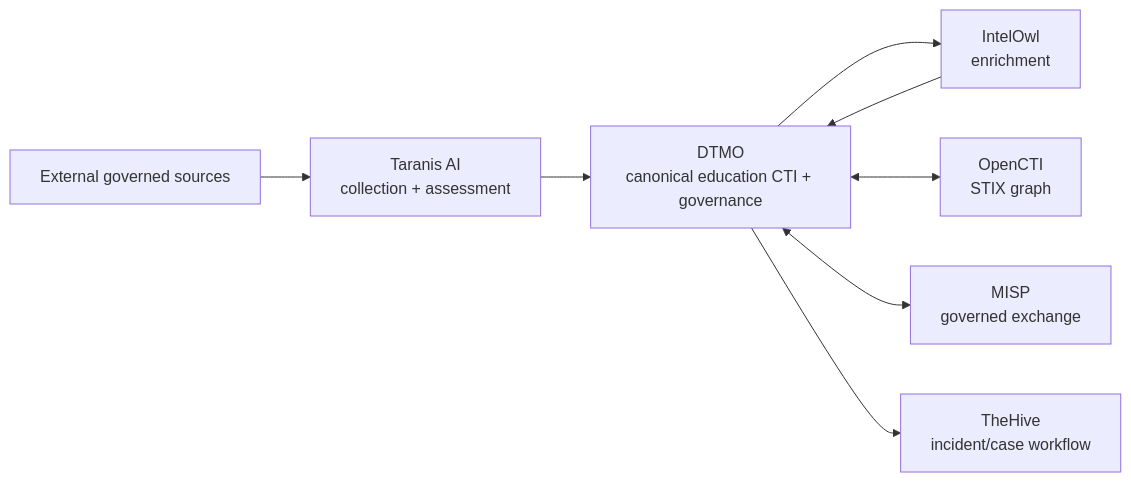
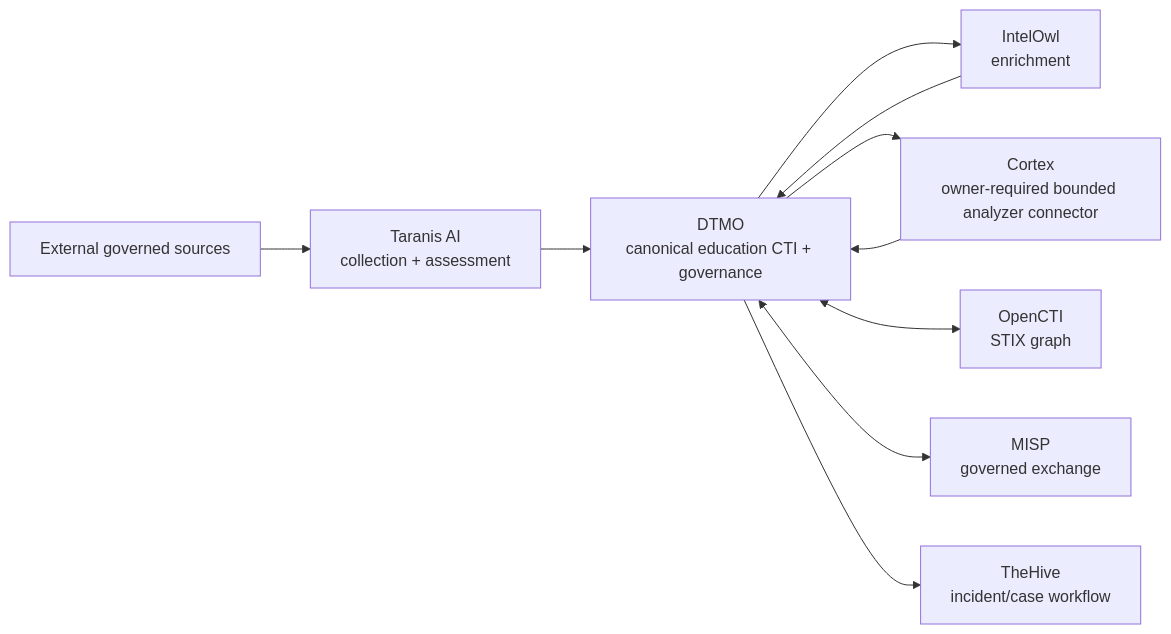
The first of 2 diagrams in docs/roadmap/PLATFORM_INDUSTRIALISATION_ROADMAP.md (GJvManen/dtmo), drawn with Mermaid before and after one commit. The commit also changed other lines of this file, not shown here.

Commit message:
Phase 11.7b: activate owner-required Cortex connector

````diff
--- a/docs/roadmap/PLATFORM_INDUSTRIALISATION_ROADMAP.md
+++ b/docs/roadmap/PLATFORM_INDUSTRIALISATION_ROADMAP.md
@@ -14,10 +14,12 @@
 ```mermaid
 flowchart LR
     EXT[External governed sources] --> TAR[Taranis AI\ncollection + assessment]
     TAR --> DTMO[DTMO\ncanonical education CTI + governance]
     DTMO --> OWL[IntelOwl\nenrichment]
     OWL --> DTMO
+    DTMO --> CTX[Cortex\nowner-required bounded analyzer connector]
+    CTX --> DTMO
     DTMO <--> OCTI[OpenCTI\nSTIX graph]
     DTMO <--> MISP[MISP\ngoverned exchange]
     DTMO --> HIVE[TheHive\nincident/case workflow]
 ```
````
